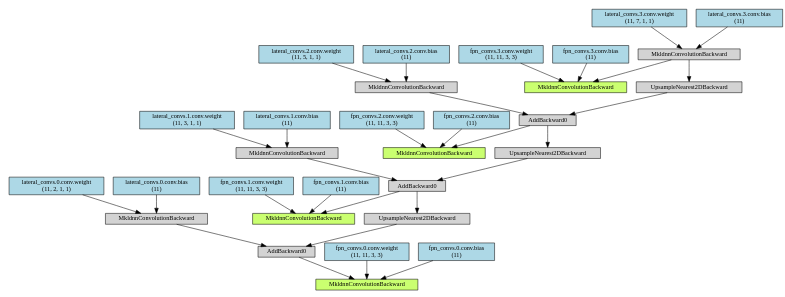
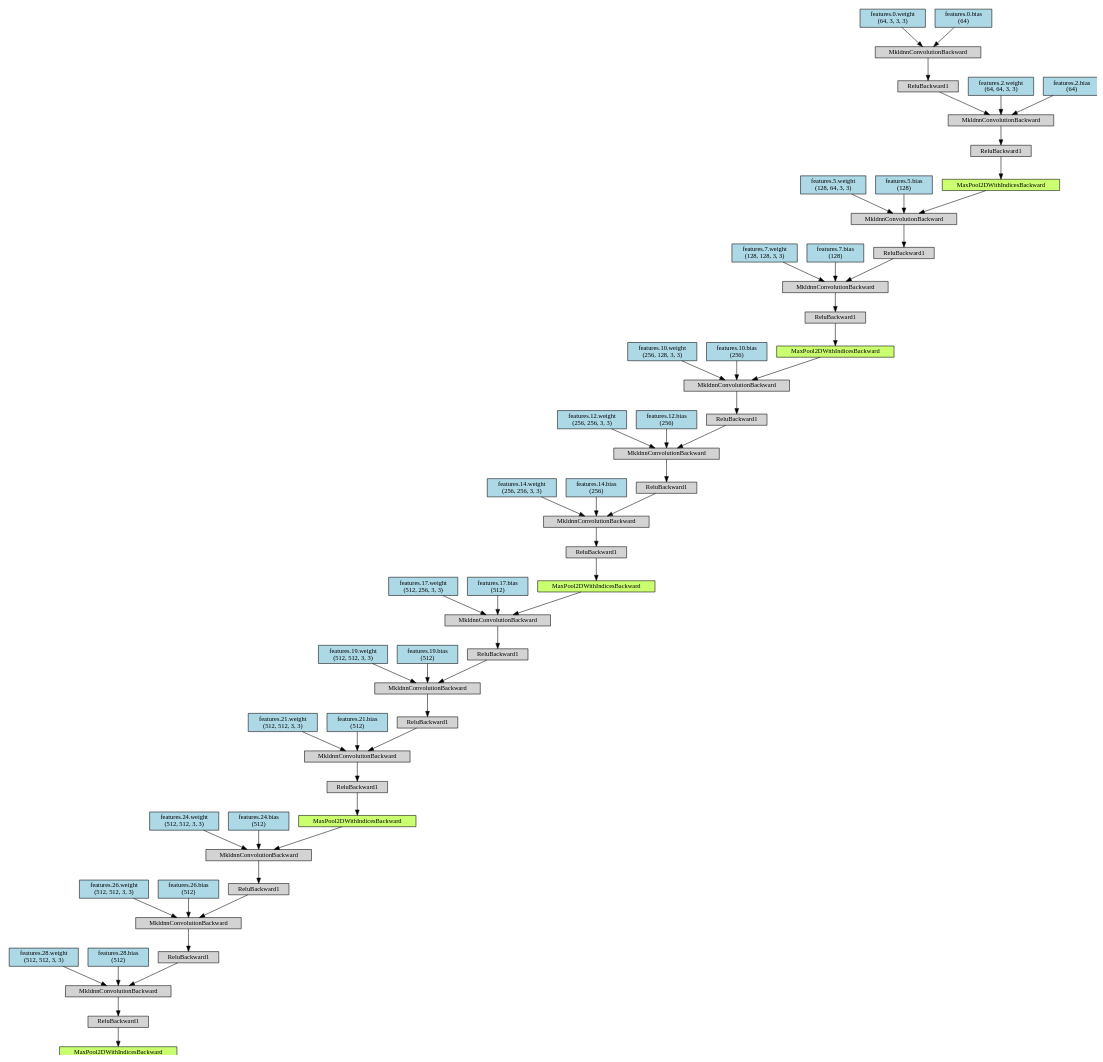
One commit to jaychen1996-byte/mmdetection_2.7 changed the diagram in try_mmdet/Digraph.gv. Above: the diagram before and after it, drawn with Graphviz. The commit also changed 10 other files, not shown here.

```diff
--- a/try_mmdet/Digraph.gv
+++ b/try_mmdet/Digraph.gv
@@ -1,79 +1,143 @@
 digraph {
-	graph [size="12,12"]
+	graph [size="16.95,16.95"]
 	node [align=left fontsize=12 height=0.2 ranksep=0.1 shape=box style=filled]
-	139744876534736 [label=MkldnnConvolutionBackward fillcolor=darkolivegreen1]
-	139744876534992 -> 139744876534736
-	139744876534992 [label=AddBackward0]
-	139744876535248 -> 139744876534992
-	139744876535248 [label=MkldnnConvolutionBackward]
-	139744876535440 -> 139744876535248
-	139744876535440 [label="lateral_convs.0.conv.weight
- (11, 2, 1, 1)" fillcolor=lightblue]
-	139744876535568 -> 139744876535248
-	139744876535568 [label="lateral_convs.0.conv.bias
- (11)" fillcolor=lightblue]
-	139744876535312 -> 139744876534992
-	139744876535312 [label=UpsampleNearest2DBackward]
-	139744876535632 -> 139744876535312
-	139744876535632 [label=AddBackward0]
-	139744876535504 -> 139744876535632
-	139744876535504 [label=MkldnnConvolutionBackward]
-	139744875159760 -> 139744876535504
-	139744875159760 [label="lateral_convs.1.conv.weight
- (11, 3, 1, 1)" fillcolor=lightblue]
-	139744875159696 -> 139744876535504
-	139744875159696 [label="lateral_convs.1.conv.bias
- (11)" fillcolor=lightblue]
-	139744876535696 -> 139744876535632
-	139744876535696 [label=UpsampleNearest2DBackward]
-	139744875159632 -> 139744876535696
-	139744875159632 [label=AddBackward0]
-	139744875160144 -> 139744875159632
-	139744875160144 [label=MkldnnConvolutionBackward]
-	139744875160016 -> 139744875160144
-	139744875160016 [label="lateral_convs.2.conv.weight
- (11, 5, 1, 1)" fillcolor=lightblue]
-	139744875160336 -> 139744875160144
-	139744875160336 [label="lateral_convs.2.conv.bias
- (11)" fillcolor=lightblue]
-	139744875160272 -> 139744875159632
-	139744875160272 [label=UpsampleNearest2DBackward]
-	139744875160400 -> 139744875160272
-	139744875160400 [label=MkldnnConvolutionBackward]
-	139744875160464 -> 139744875160400
-	139744875160464 [label="lateral_convs.3.conv.weight
- (11, 7, 1, 1)" fillcolor=lightblue]
-	139744875160592 -> 139744875160400
-	139744875160592 [label="lateral_convs.3.conv.bias
- (11)" fillcolor=lightblue]
-	139744876535056 -> 139744876534736
-	139744876535056 [label="fpn_convs.0.conv.weight
- (11, 11, 3, 3)" fillcolor=lightblue]
-	139744876535120 -> 139744876534736
-	139744876535120 [label="fpn_convs.0.conv.bias
- (11)" fillcolor=lightblue]
-	139744876534800 [label=MkldnnConvolutionBackward fillcolor=darkolivegreen1]
-	139744876535632 -> 139744876534800
-	139744876535184 -> 139744876534800
-	139744876535184 [label="fpn_convs.1.conv.weight
- (11, 11, 3, 3)" fillcolor=lightblue]
-	139744876535760 -> 139744876534800
-	139744876535760 [label="fpn_convs.1.conv.bias
- (11)" fillcolor=lightblue]
-	139744876534864 [label=MkldnnConvolutionBackward fillcolor=darkolivegreen1]
-	139744875159632 -> 139744876534864
-	139744876535376 -> 139744876534864
-	139744876535376 [label="fpn_convs.2.conv.weight
- (11, 11, 3, 3)" fillcolor=lightblue]
-	139744875160080 -> 139744876534864
-	139744875160080 [label="fpn_convs.2.conv.bias
- (11)" fillcolor=lightblue]
-	139744876534928 [label=MkldnnConvolutionBackward fillcolor=darkolivegreen1]
-	139744875160400 -> 139744876534928
-	139744875159824 -> 139744876534928
-	139744875159824 [label="fpn_convs.3.conv.weight
- (11, 11, 3, 3)" fillcolor=lightblue]
-	139744875160528 -> 139744876534928
-	139744875160528 [label="fpn_convs.3.conv.bias
- (11)" fillcolor=lightblue]
+	140075915143248 [label=MaxPool2DWithIndicesBackward fillcolor=darkolivegreen1]
+	140075915143568 -> 140075915143248
+	140075915143568 [label=ReluBackward1]
+	140075915143696 -> 140075915143568
+	140075915143696 [label=MkldnnConvolutionBackward]
+	140075915143824 -> 140075915143696
+	140075915143824 [label=ReluBackward1]
+	140075915144144 -> 140075915143824
+	140075915144144 [label=MkldnnConvolutionBackward]
+	140075915144272 -> 140075915144144
+	140075915144272 [label="features.0.weight
+ (64, 3, 3, 3)" fillcolor=lightblue]
+	140075915143888 -> 140075915144144
+	140075915143888 [label="features.0.bias
+ (64)" fillcolor=lightblue]
+	140075915143952 -> 140075915143696
+	140075915143952 [label="features.2.weight
+ (64, 64, 3, 3)" fillcolor=lightblue]
+	140075915144016 -> 140075915143696
+	140075915144016 [label="features.2.bias
+ (64)" fillcolor=lightblue]
+	140075915143312 [label=MaxPool2DWithIndicesBackward fillcolor=darkolivegreen1]
+	140075915143632 -> 140075915143312
+	140075915143632 [label=ReluBackward1]
+	140075915144080 -> 140075915143632
+	140075915144080 [label=MkldnnConvolutionBackward]
+	140075915144208 -> 140075915144080
+	140075915144208 [label=ReluBackward1]
+	140075915144656 -> 140075915144208
+	140075915144656 [label=MkldnnConvolutionBackward]
+	140075915143248 -> 140075915144656
+	140075915144528 -> 140075915144656
+	140075915144528 [label="features.5.weight
+ (128, 64, 3, 3)" fillcolor=lightblue]
+	140075915145040 -> 140075915144656
+	140075915145040 [label="features.5.bias
+ (128)" fillcolor=lightblue]
+	140075915144464 -> 140075915144080
+	140075915144464 [label="features.7.weight
+ (128, 128, 3, 3)" fillcolor=lightblue]
+	140075915144400 -> 140075915144080
+	140075915144400 [label="features.7.bias
+ (128)" fillcolor=lightblue]
+	140075915143376 [label=MaxPool2DWithIndicesBackward fillcolor=darkolivegreen1]
+	140075915143760 -> 140075915143376
+	140075915143760 [label=ReluBackward1]
+	140075915144720 -> 140075915143760
+	140075915144720 [label=MkldnnConvolutionBackward]
+	140075915144592 -> 140075915144720
+	140075915144592 [label=ReluBackward1]
+	140075915169872 -> 140075915144592
+	140075915169872 [label=MkldnnConvolutionBackward]
+	140075915170000 -> 140075915169872
+	140075915170000 [label=ReluBackward1]
+	140075915170256 -> 140075915170000
+	140075915170256 [label=MkldnnConvolutionBackward]
+	140075915143312 -> 140075915170256
+	140075915170384 -> 140075915170256
+	140075915170384 [label="features.10.weight
+ (256, 128, 3, 3)" fillcolor=lightblue]
+	140075915170448 -> 140075915170256
+	140075915170448 [label="features.10.bias
+ (256)" fillcolor=lightblue]
+	140075915170064 -> 140075915169872
+	140075915170064 [label="features.12.weight
+ (256, 256, 3, 3)" fillcolor=lightblue]
+	140075915170128 -> 140075915169872
+	140075915170128 [label="features.12.bias
+ (256)" fillcolor=lightblue]
+	140075915145104 -> 140075915144720
+	140075915145104 [label="features.14.weight
+ (256, 256, 3, 3)" fillcolor=lightblue]
+	140075915145168 -> 140075915144720
+	140075915145168 [label="features.14.bias
+ (256)" fillcolor=lightblue]
+	140075915143440 [label=MaxPool2DWithIndicesBackward fillcolor=darkolivegreen1]
+	140075915144336 -> 140075915143440
+	140075915144336 [label=ReluBackward1]
+	140075915144912 -> 140075915144336
+	140075915144912 [label=MkldnnConvolutionBackward]
+	140075915169936 -> 140075915144912
+	140075915169936 [label=ReluBackward1]
+	140075915170576 -> 140075915169936
+	140075915170576 [label=MkldnnConvolutionBackward]
+	140075915170768 -> 140075915170576
+	140075915170768 [label=ReluBackward1]
+	140075915171024 -> 140075915170768
+	140075915171024 [label=MkldnnConvolutionBackward]
+	140075915143376 -> 140075915171024
+	140075915171152 -> 140075915171024
+	140075915171152 [label="features.17.weight
+ (512, 256, 3, 3)" fillcolor=lightblue]
+	140075915171216 -> 140075915171024
+	140075915171216 [label="features.17.bias
+ (512)" fillcolor=lightblue]
+	140075915170832 -> 140075915170576
+	140075915170832 [label="features.19.weight
+ (512, 512, 3, 3)" fillcolor=lightblue]
+	140075915170896 -> 140075915170576
+	140075915170896 [label="features.19.bias
+ (512)" fillcolor=lightblue]
+	140075915170192 -> 140075915144912
+	140075915170192 [label="features.21.weight
+ (512, 512, 3, 3)" fillcolor=lightblue]
+	140075915170320 -> 140075915144912
+	140075915170320 [label="features.21.bias
+ (512)" fillcolor=lightblue]
+	140075915143504 [label=MaxPool2DWithIndicesBackward fillcolor=darkolivegreen1]
+	140075915144976 -> 140075915143504
+	140075915144976 [label=ReluBackward1]
+	140075915170512 -> 140075915144976
+	140075915170512 [label=MkldnnConvolutionBackward]
+	140075915170704 -> 140075915170512
+	140075915170704 [label=ReluBackward1]
+	140075915171344 -> 140075915170704
+	140075915171344 [label=MkldnnConvolutionBackward]
+	140075915171536 -> 140075915171344
+	140075915171536 [label=ReluBackward1]
+	140075915171792 -> 140075915171536
+	140075915171792 [label=MkldnnConvolutionBackward]
+	140075915143440 -> 140075915171792
+	140075915171920 -> 140075915171792
+	140075915171920 [label="features.24.weight
+ (512, 512, 3, 3)" fillcolor=lightblue]
+	140075915171984 -> 140075915171792
+	140075915171984 [label="features.24.bias
+ (512)" fillcolor=lightblue]
+	140075915171600 -> 140075915171344
+	140075915171600 [label="features.26.weight
+ (512, 512, 3, 3)" fillcolor=lightblue]
+	140075915171664 -> 140075915171344
+	140075915171664 [label="features.26.bias
+ (512)" fillcolor=lightblue]
+	140075915171280 -> 140075915170512
+	140075915171280 [label="features.28.weight
+ (512, 512, 3, 3)" fillcolor=lightblue]
+	140075915171088 -> 140075915170512
+	140075915171088 [label="features.28.bias
+ (512)" fillcolor=lightblue]
 }
```
